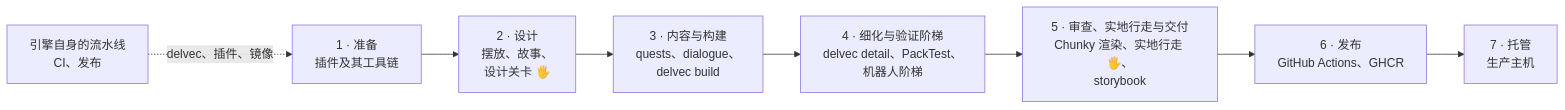
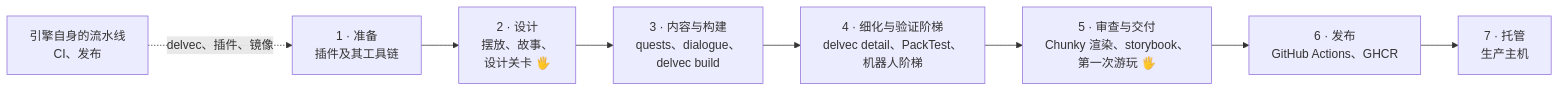
The first of 9 diagrams in docs/how-it-works.zh-CN.md (stellarfeline/delvewright), drawn with Mermaid before and after one commit. The commit also changed other lines of this file and 27 other files, not shown here.

````diff
--- a/docs/how-it-works.zh-CN.md
+++ b/docs/how-it-works.zh-CN.md
@@ -9,10 +9,10 @@
 ```mermaid
 flowchart LR
     S["1 · 准备<br/>插件及其工具链"] --> D["2 · 设计<br/>摆放、故事、<br/>设计关卡 🖐"]
     D --> B["3 · 内容与构建<br/>quests、dialogue、<br/>delvec build"]
     B --> V["4 · 细化与验证阶梯<br/>delvec detail、PackTest、<br/>机器人阶梯"]
-    V --> R["5 · 审查、实地行走与交付<br/>Chunky 渲染、实地行走 🖐、<br/>storybook"]
+    V --> R["5 · 审查与交付<br/>Chunky 渲染、storybook、<br/>第一次游玩 🖐"]
     R --> P["6 · 发布<br/>GitHub Actions、GHCR"]
     P --> H["7 · 托管<br/>生产主机"]
     E["引擎自身的流水线<br/>CI、发布"] -.->|"delvec、插件、镜像"| S
 ```
````
